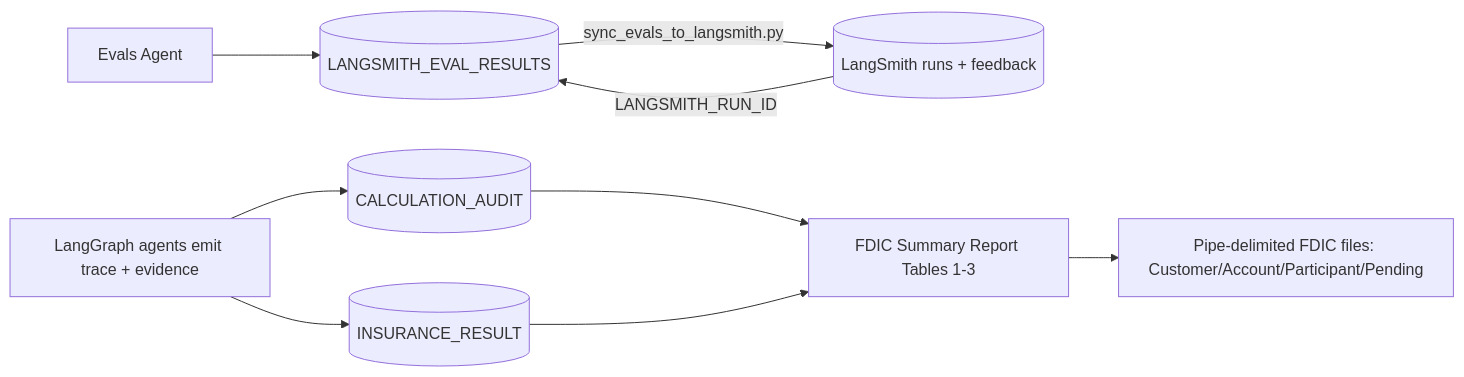
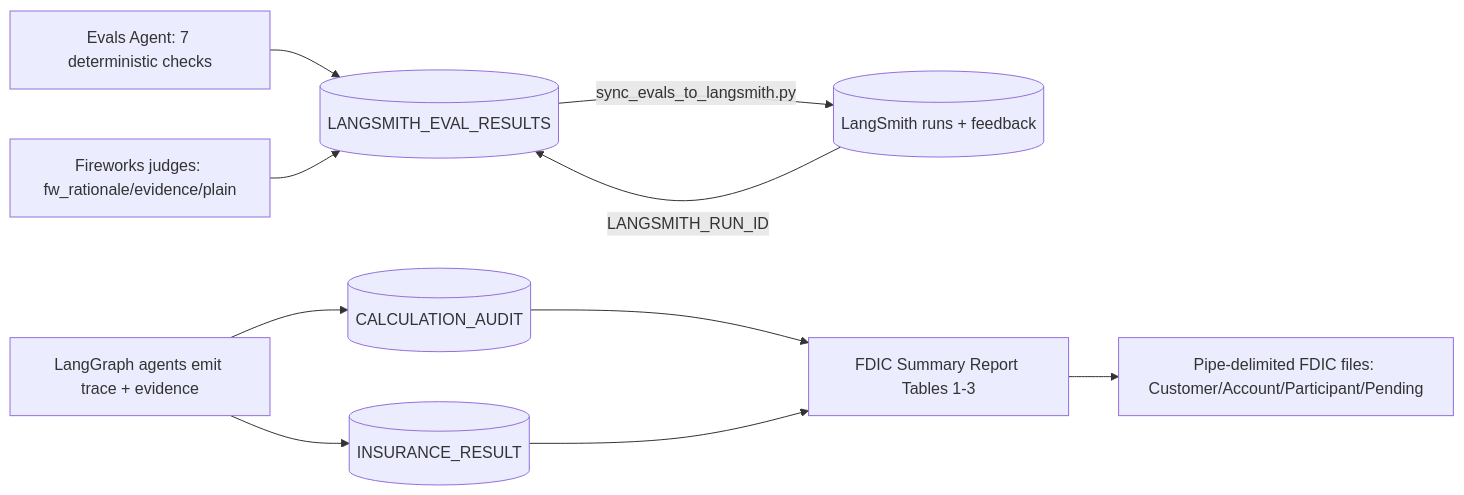
Before and after one commit to flower16/Vid_GenAI_1: the sixth of 7 diagrams in GenAI Week 4 project/fdic-part370-platform/docs/architecture.md, drawn with Mermaid. The commit also changed other lines of this file and 2 other files, not shown here.

First line of the commit message:
docs: clarify integration status + fine-tuning across README/WALKTHROUGH/architecture

````diff
--- a/GenAI Week 4 project/fdic-part370-platform/docs/architecture.md
+++ b/GenAI Week 4 project/fdic-part370-platform/docs/architecture.md
@@ -144,11 +149,12 @@
 ```mermaid
 flowchart LR
   G[LangGraph agents emit trace + evidence] --> AUD[(CALCULATION_AUDIT)]
   G --> RES[(INSURANCE_RESULT)]
-  EV[Evals Agent] --> EVT[(LANGSMITH_EVAL_RESULTS)]
+  EV[Evals Agent: 7 deterministic checks] --> EVT[(LANGSMITH_EVAL_RESULTS)]
+  FW[Fireworks judges: fw_rationale/evidence/plain] --> EVT
   EVT -->|sync_evals_to_langsmith.py| LS[(LangSmith runs + feedback)]
   LS -->|LANGSMITH_RUN_ID| EVT
   AUD --> REP[FDIC Summary Report Tables 1-3]
   RES --> REP
   REP --> EXPORT[Pipe-delimited FDIC files: Customer/Account/Participant/Pending]
 ```
````
